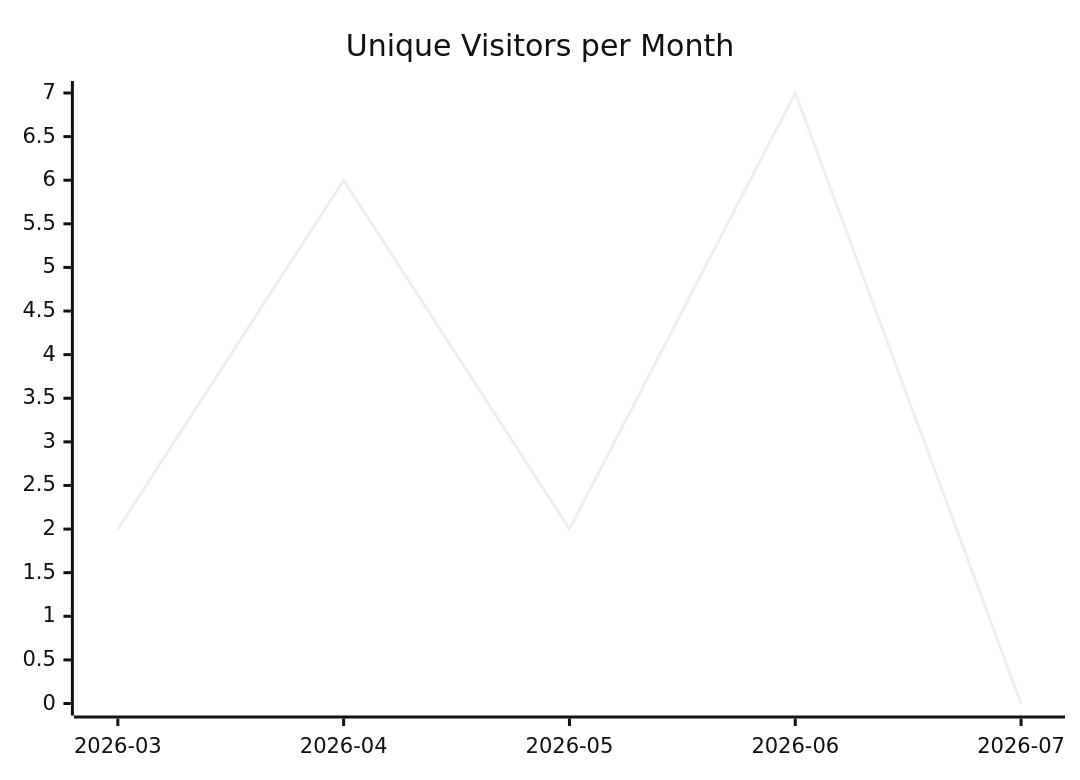
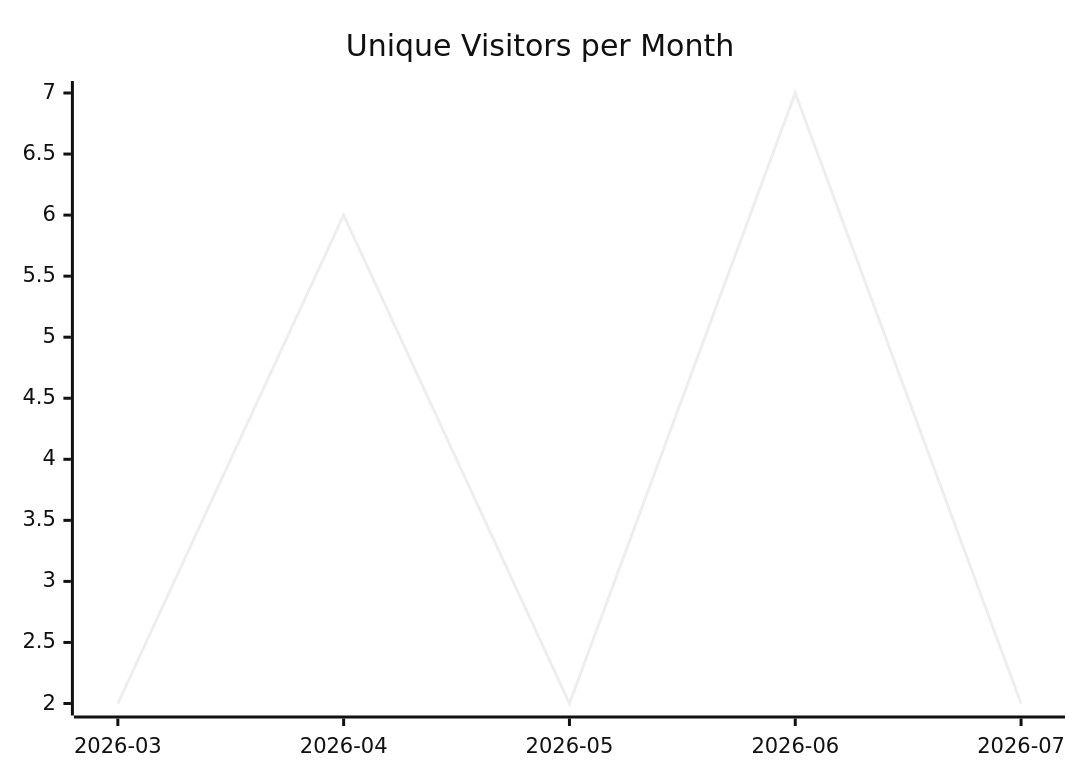
The first of 3 diagrams in karlmdavis/fhir-benchmarks/README.md (justdavis-family/github-analytics-data), drawn with Mermaid (neutral theme) before and after one commit. The commit also changed other lines of this file and 200 other files, not shown here.

````diff
--- a/karlmdavis/fhir-benchmarks/README.md
+++ b/karlmdavis/fhir-benchmarks/README.md
@@ -5,6 +5,6 @@
 ```mermaid
 xychart-beta
   title "Unique Visitors per Month"
   x-axis ["2026-03", "2026-04", "2026-05", "2026-06", "2026-07"]
-  line [2, 6, 2, 7, 0]
+  line [2, 6, 2, 7, 2]
 ```
````
